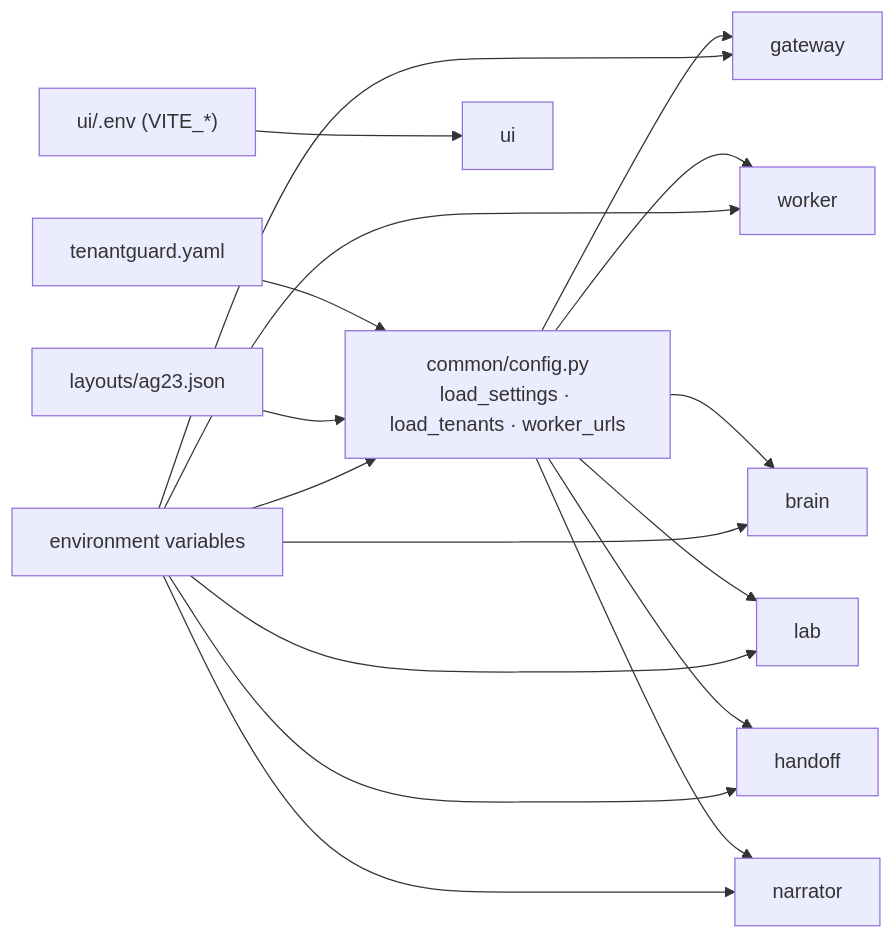
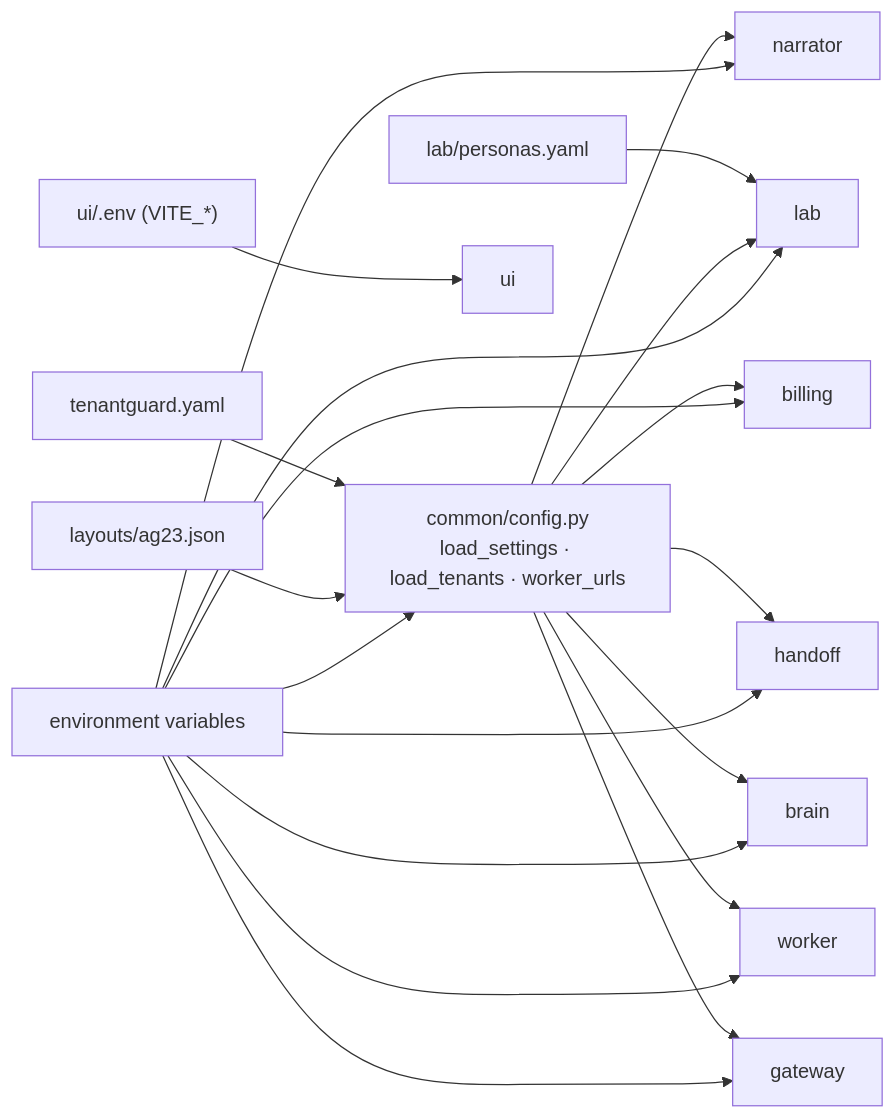
The diagram in prototype-docs/09_CONFIG_REFERENCE.md (yashodeepchaudhari/tenantguard), drawn with Mermaid before and after one commit. The commit also changed other lines of this file and 23 other files, not shown here.

Commit message:
Prototype docs: catalogs, sequences, config, risks and testing describe the final master; new billing catalog

````diff
--- a/prototype-docs/09_CONFIG_REFERENCE.md
+++ b/prototype-docs/09_CONFIG_REFERENCE.md
@@ -5,9 +5,10 @@
 ```mermaid
 flowchart LR
   Y["tenantguard.yaml"] --> C["common/config.py<br/>load_settings · load_tenants · worker_urls"]
   L["layouts/ag23.json"] --> C
   E["environment variables"] --> C
-  C --> GW["gateway"] & WK["worker"] & BR["brain"] & LB["lab"] & HO["handoff"] & NA["narrator"]
-  E --> GW & WK & BR & LB & HO & NA
+  P["lab/personas.yaml"] --> LB
+  C --> GW["gateway"] & WK["worker"] & BR["brain"] & LB["lab"] & HO["handoff"] & BI["billing"] & NA["narrator"]
+  E --> GW & WK & BR & LB & HO & BI & NA
   V["ui/.env (VITE_*)"] --> UI["ui"]
 ```
````
